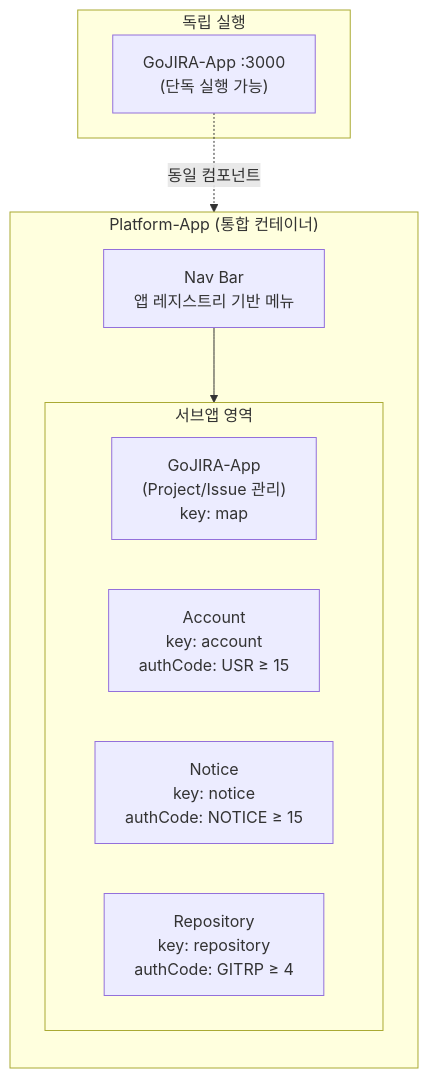
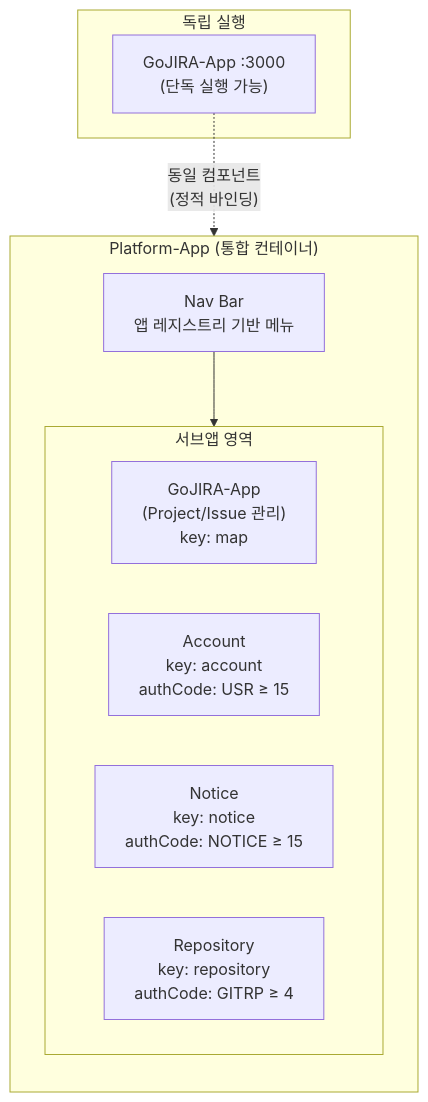
The first of 6 diagrams in docs/design-microfrontend.md (archi-duke/GoJIRA), drawn with Mermaid before and after one commit. The commit also changed other lines of this file and 27 other files, not shown here.

````diff
--- a/docs/design-microfrontend.md
+++ b/docs/design-microfrontend.md
@@ -19,23 +19,23 @@
 ```mermaid
 graph TB
     subgraph Platform-App["Platform-App (통합 컨테이너)"]
         direction TB
         NAV["Nav Bar<br/>앱 레지스트리 기반 메뉴"]
         
         subgraph APPS["서브앱 영역"]
             direction LR
             GOJIRA["GoJIRA-App<br/>(Project/Issue 관리)<br/>key: map"]
             ACCOUNT["Account<br/>key: account<br/>authCode: USR ≥ 15"]
             NOTICE["Notice<br/>key: notice<br/>authCode: NOTICE ≥ 15"]
             REPO["Repository<br/>key: repository<br/>authCode: GITRP ≥ 4"]
         end
         
         NAV --> APPS
     end
     
     subgraph Standalone["독립 실행"]
         GOJIRA_ALONE["GoJIRA-App :3000<br/>(단독 실행 가능)"]
     end
     
-    GOJIRA_ALONE -.->|"동일 컴포넌트"| GOJIRA
+    GOJIRA_ALONE -.->|"동일 컴포넌트<br/>(정적 바인딩)"| GOJIRA
 ```
````
